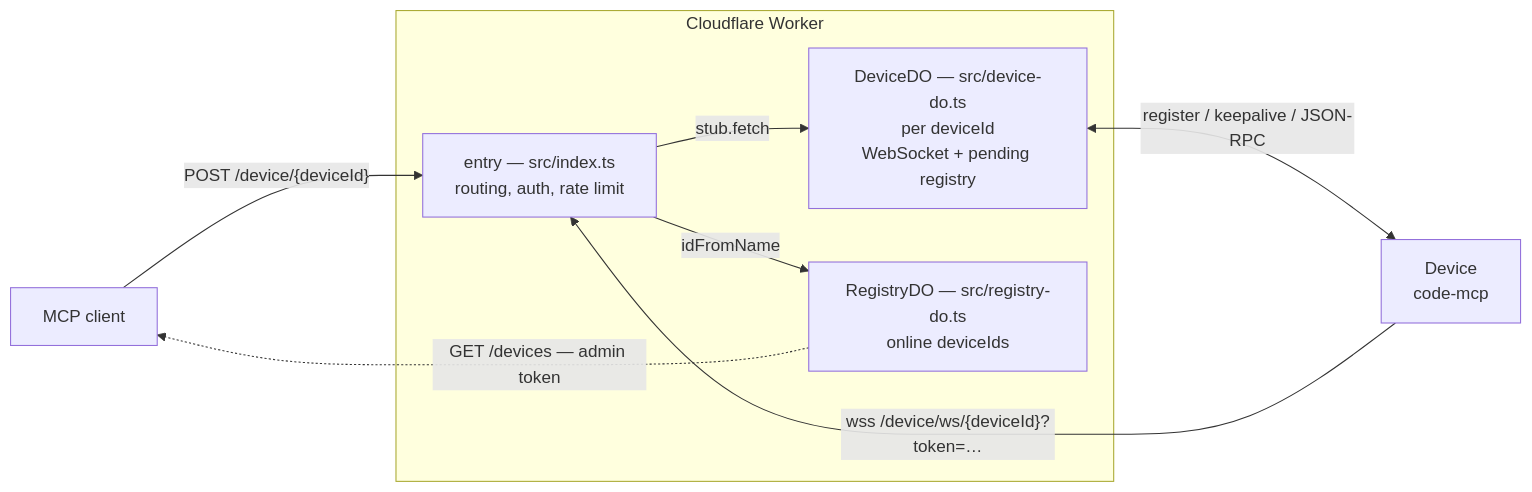
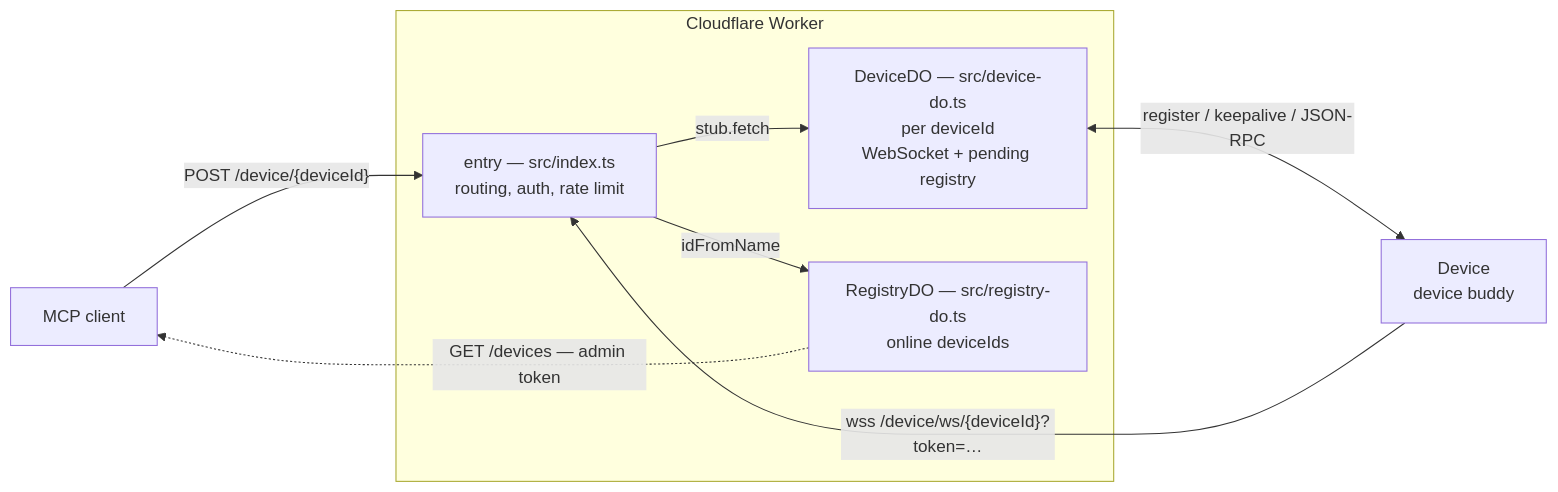
One commit to Tuanm/prime changed the first of 2 diagrams in api/README.md. Above: the diagram before and after it, drawn with Mermaid. The commit also changed other lines of this file and 11 other files, not shown here.

First line of the commit message:
docs: the bundled server is the device buddy

````diff
--- a/api/README.md
+++ b/api/README.md
@@ -18,14 +18,14 @@
 ```mermaid
 flowchart LR
     C[MCP client] -->|"POST /device/{deviceId}"| W
-    D[Device<br/>code-mcp] -->|"wss /device/ws/{deviceId}?token=…"| W
+    D[Device<br/>device buddy] -->|"wss /device/ws/{deviceId}?token=…"| W
     subgraph CF [Cloudflare Worker]
         W[entry — src/index.ts<br/>routing, auth, rate limit]
         DO[DeviceDO — src/device-do.ts<br/>per deviceId<br/>WebSocket + pending registry]
         R[RegistryDO — src/registry-do.ts<br/>online deviceIds]
     end
     W -->|stub.fetch| DO
     W -->|idFromName| R
     DO <-->|"register / keepalive / JSON-RPC"| D
     R -.->|"GET /devices — admin token"| C
 ```
````
